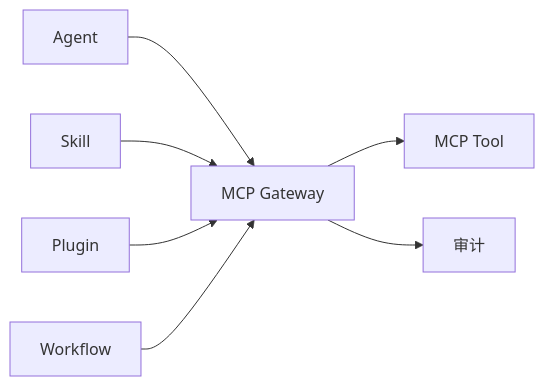
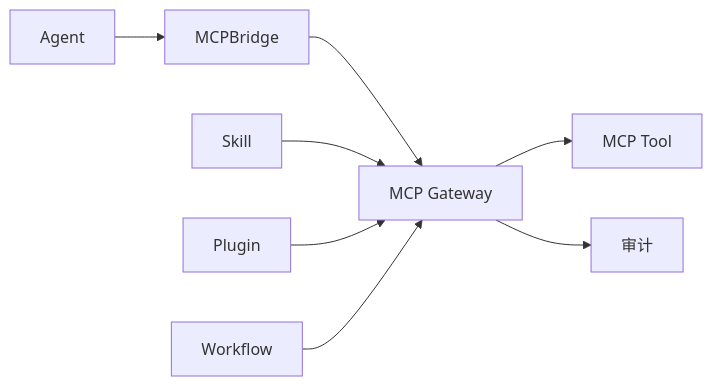
One commit to StanlySGY/Content-Factory changed diagram 11 of 11 in docs/05-mcp/mcp-architecture.md. Above: the diagram before and after it, drawn with Mermaid. The commit also changed other lines of this file and 4 other files, not shown here.

First line of the commit message:
docs(fix): close MCP manifest/diagram/lifecycle/mapping gaps (batch 16)

````diff
--- a/docs/05-mcp/mcp-architecture.md
+++ b/docs/05-mcp/mcp-architecture.md
@@ -620,17 +636,19 @@
 ```mermaid
 flowchart LR
     Agent[Agent]
     Skill[Skill]
     Plugin[Plugin]
     Workflow[Workflow]
+    MCPBridge[MCPBridge]
     MCPGateway[MCP Gateway]
     Tool[MCP Tool]
     Audit[审计]
 
-    Agent --> MCPGateway
+    Agent --> MCPBridge
+    MCPBridge --> MCPGateway
     Skill --> MCPGateway
     Plugin --> MCPGateway
     Workflow --> MCPGateway
     MCPGateway --> Tool
     MCPGateway --> Audit
 ```
````
